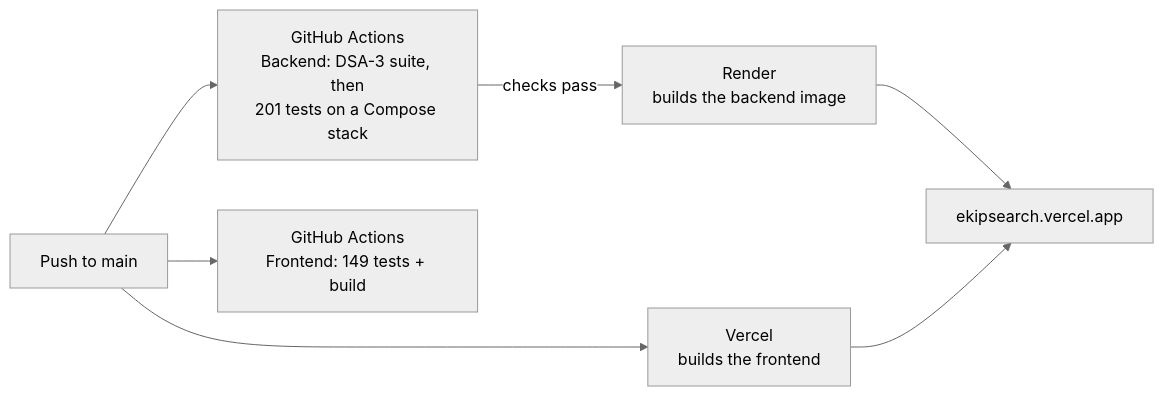
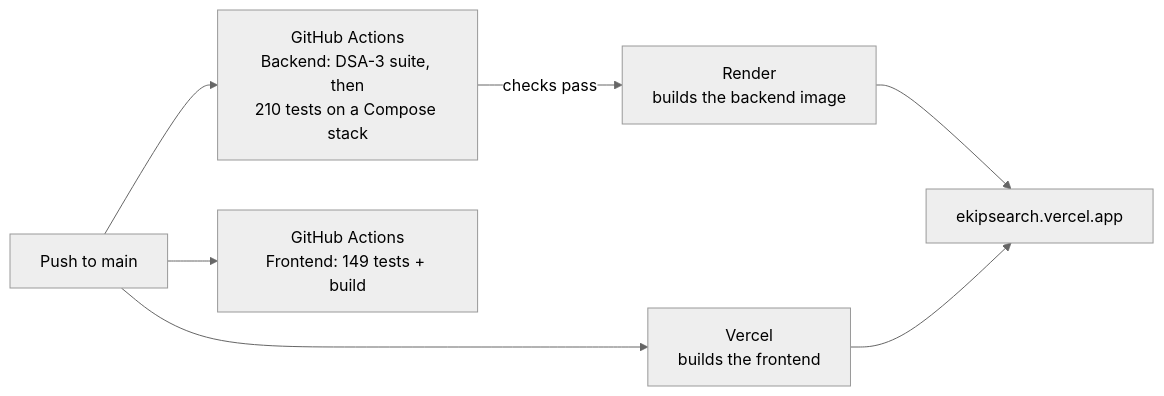
The seventh of 7 diagrams in docs/PROJECT_OVERVIEW.md (SathyaMaragani/Enterprise-Knowledge-Intelligence-Platform), drawn with Mermaid (neutral theme) before and after one commit. The commit also changed other lines of this file and 10 other files, not shown here.

````diff
--- a/docs/PROJECT_OVERVIEW.md
+++ b/docs/PROJECT_OVERVIEW.md
@@ -357,9 +357,9 @@
 ```mermaid
 flowchart LR
-    GH[Push to main] --> CI1[GitHub Actions<br/>Backend: DSA-3 suite, then<br/>201 tests on a Compose stack]
+    GH[Push to main] --> CI1[GitHub Actions<br/>Backend: DSA-3 suite, then<br/>210 tests on a Compose stack]
     GH --> CI2[GitHub Actions<br/>Frontend: 149 tests + build]
     CI1 -->|checks pass| RD[Render<br/>builds the backend image]
     GH --> VC[Vercel<br/>builds the frontend]
     RD --> LIVE[ekipsearch.vercel.app]
     VC --> LIVE
 ```
````
